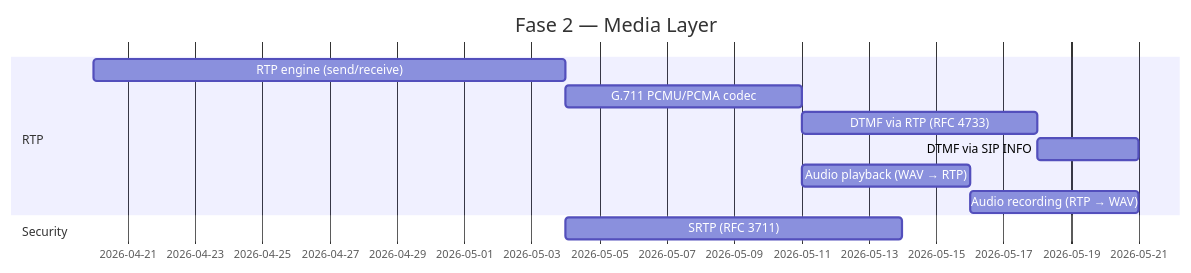
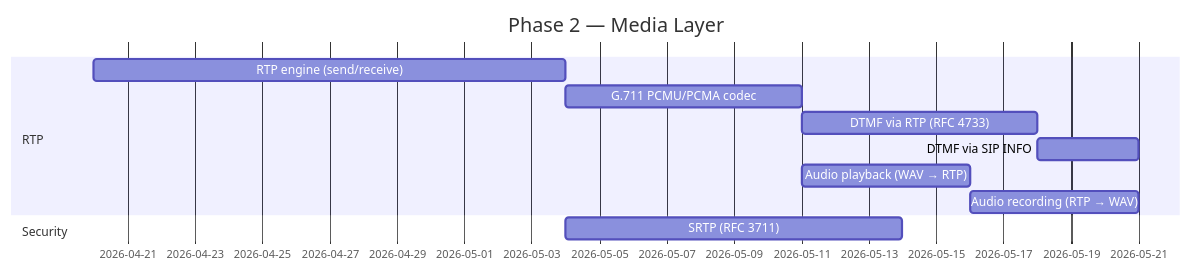
Before and after one commit to oornnery/sipx: diagram 14 of 16 in docs/SDD.md, drawn with Mermaid. The commit also changed other lines of this file and 3 other files, not shown here.

````diff
--- a/docs/SDD.md
+++ b/docs/SDD.md
@@ -901,14 +903,14 @@
 ```mermaid
 gantt
-    title Fase 2 — Media Layer
+    title Phase 2 — Media Layer
     dateFormat YYYY-MM-DD
     section RTP
         RTP engine (send/receive)                :r1, 2026-04-20, 14d
         G.711 PCMU/PCMA codec                    :r2, after r1, 7d
         DTMF via RTP (RFC 4733)                  :r3, after r2, 7d
         DTMF via SIP INFO                        :r4, after r3, 3d
         Audio playback (WAV → RTP)               :r5, after r2, 5d
         Audio recording (RTP → WAV)              :r6, after r5, 5d
     section Security
         SRTP (RFC 3711)                          :s1, after r1, 10d
 ```
````
